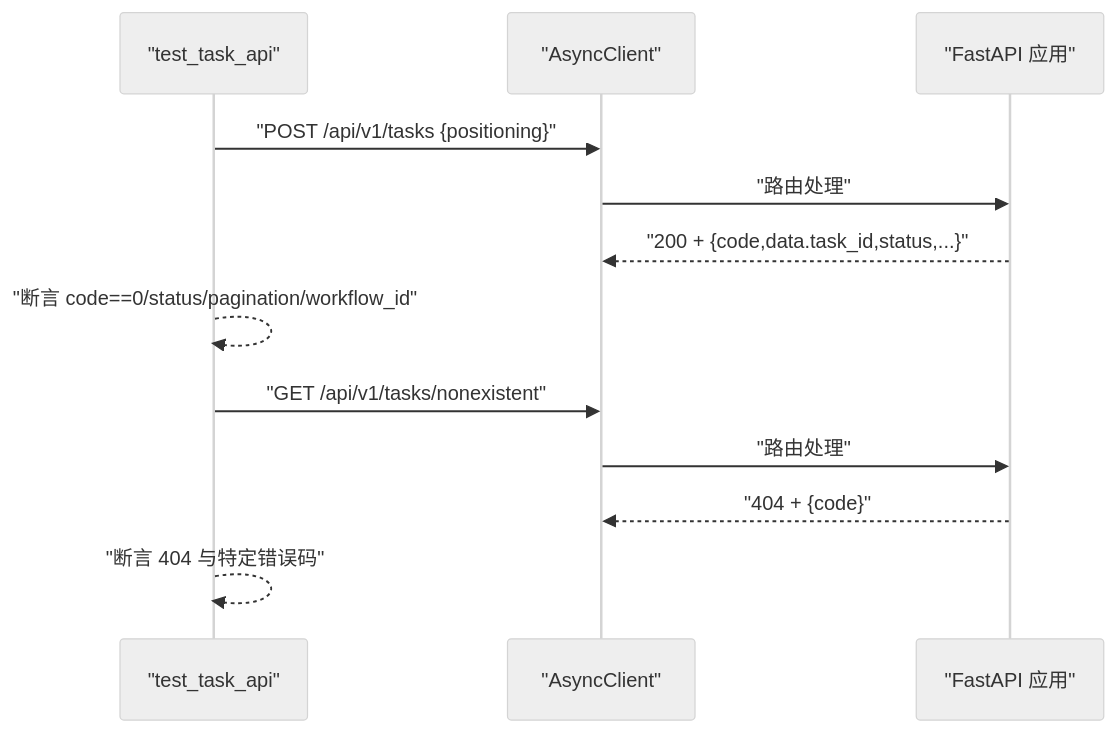
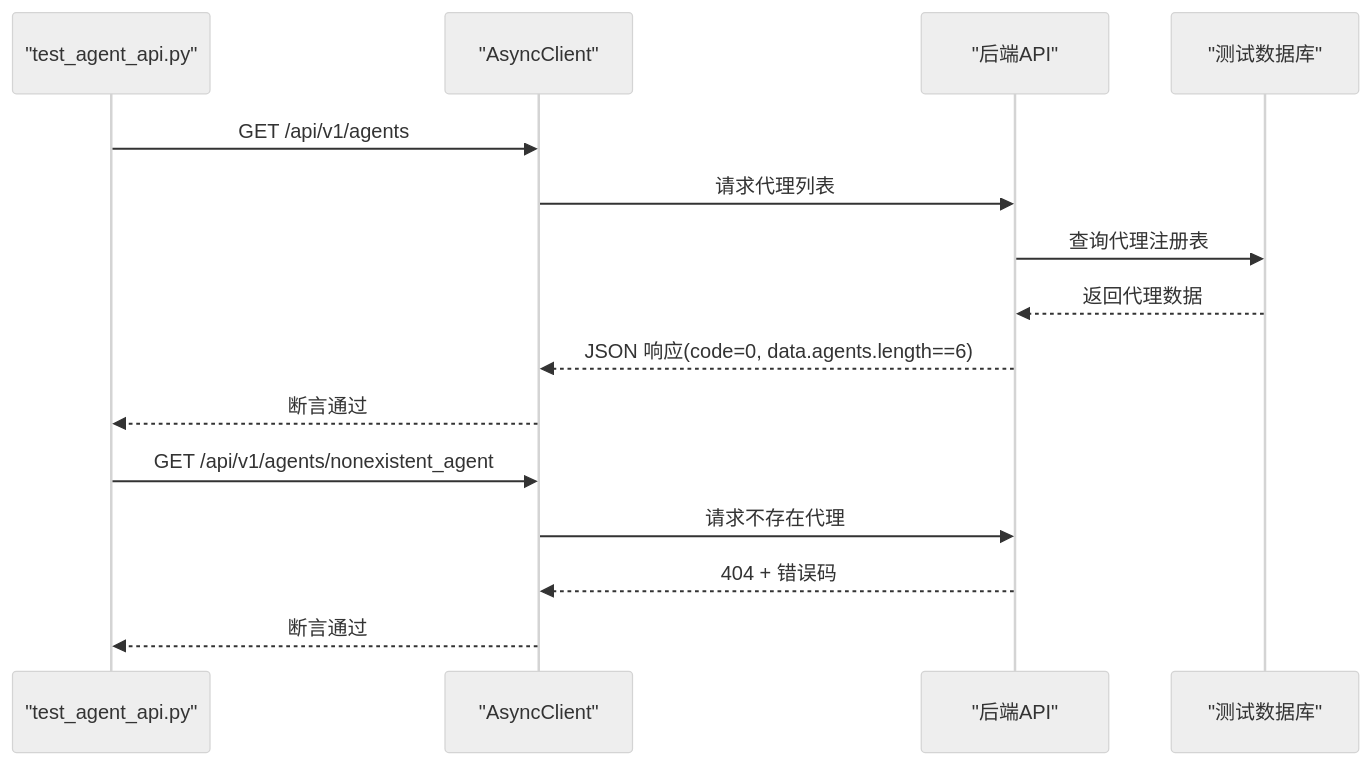
The sixth of 9 diagrams in .qoder/repowiki/zh/content/后端开发/测试与调试.md (sansansansansan2022-web/hotclaw), drawn with Mermaid (neutral theme) before and after one commit. The commit also changed other lines of this file and 44 other files, not shown here.

````diff
--- a/.qoder/repowiki/zh/content/后端开发/测试与调试.md
+++ b/.qoder/repowiki/zh/content/后端开发/测试与调试.md
@@ -189,14 +248,17 @@
 ```mermaid
 sequenceDiagram
-participant Test as "test_task_api"
-participant Client as "AsyncClient"
-participant App as "FastAPI 应用"
-Test->>Client : "POST /api/v1/tasks {positioning}"
-Client->>App : "路由处理"
-App-->>Client : "200 + {code,data.task_id,status,...}"
-Test-->>Test : "断言 code==0/status/pagination/workflow_id"
-Test->>Client : "GET /api/v1/tasks/nonexistent"
-Client->>App : "路由处理"
-App-->>Client : "404 + {code}"
-Test-->>Test : "断言 404 与特定错误码"
+participant TC as "test_agent_api.py"
+participant AC as "AsyncClient"
+participant API as "后端API"
+participant DB as "测试数据库"
+TC->>AC : GET /api/v1/agents
+AC->>API : 请求代理列表
+API->>DB : 查询代理注册表
+DB-->>API : 返回代理数据
+API-->>AC : JSON 响应(code=0, data.agents.length==6)
+AC-->>TC : 断言通过
+TC->>AC : GET /api/v1/agents/nonexistent_agent
+AC->>API : 请求不存在代理
+API-->>AC : 404 + 错误码
+AC-->>TC : 断言通过
 ```
````
